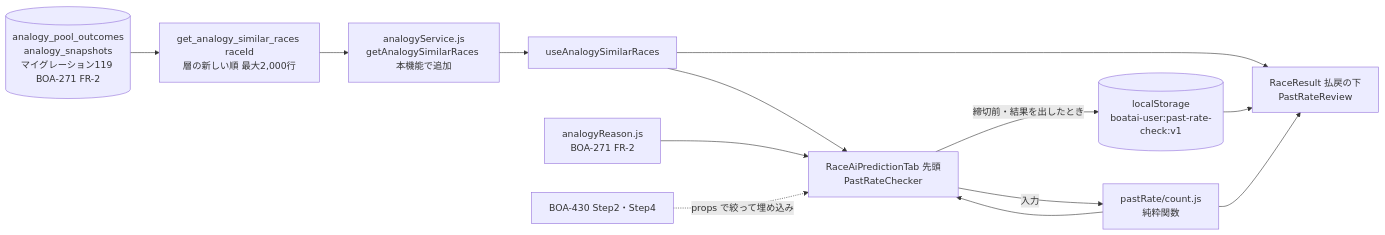
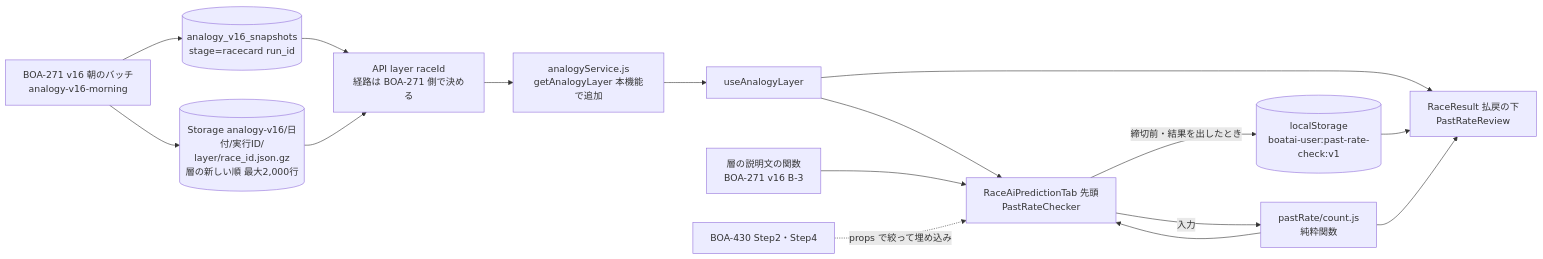
One commit to rhapsody0919/boatrace-ai-predictor changed the first of 2 diagrams in docs/design/past-rate-check/plan.md. Above: the diagram before and after it, drawn with Mermaid. The commit also changed other lines of this file and 4 other files, not shown here.

Commit message:
docs: BOA-635 土台を BOA-271 v16 の layer ファイルに置き換え、保存の紐づけを run_id にし、ADR-0081 を第3版にする

````diff
--- a/docs/design/past-rate-check/plan.md
+++ b/docs/design/past-rate-check/plan.md
@@ -7,15 +7,18 @@
 ```mermaid
 flowchart LR
-  POOL[(analogy_pool_outcomes<br/>analogy_snapshots<br/>マイグレーション119 BOA-271 FR-2)] --> RPC[get_analogy_similar_races raceId<br/>層の新しい順 最大2,000行]
-  RPC --> SV[analogyService.js<br/>getAnalogySimilarRaces 本機能で追加]
-  SV --> HK[useAnalogySimilarRaces]
+  BATCH[BOA-271 v16 朝のバッチ<br/>analogy-v16-morning] --> LF[(Storage analogy-v16/日付/実行ID/<br/>layer/race_id.json.gz<br/>層の新しい順 最大2,000行)]
+  BATCH --> SN[(analogy_v16_snapshots<br/>stage=racecard run_id)]
+  SN --> API[API layer raceId<br/>経路は BOA-271 側で決める]
+  LF --> API
+  API --> SV[analogyService.js<br/>getAnalogyLayer 本機能で追加]
+  SV --> HK[useAnalogyLayer]
   HK --> AI[RaceAiPredictionTab 先頭<br/>PastRateChecker]
   HK --> RR[RaceResult 払戻の下<br/>PastRateReview]
   AI -->|入力| CT[pastRate/count.js<br/>純粋関数]
   CT --> AI
   AI -->|締切前・結果を出したとき| LS[(localStorage<br/>boatai-user:past-rate-check:v1)]
   LS --> RR
   CT --> RR
-  RE[analogyReason.js<br/>BOA-271 FR-2] --> AI
+  RE[層の説明文の関数<br/>BOA-271 v16 B-3] --> AI
   B430[BOA-430 Step2・Step4] -.props で絞って埋め込み.-> AI
 ```
````
